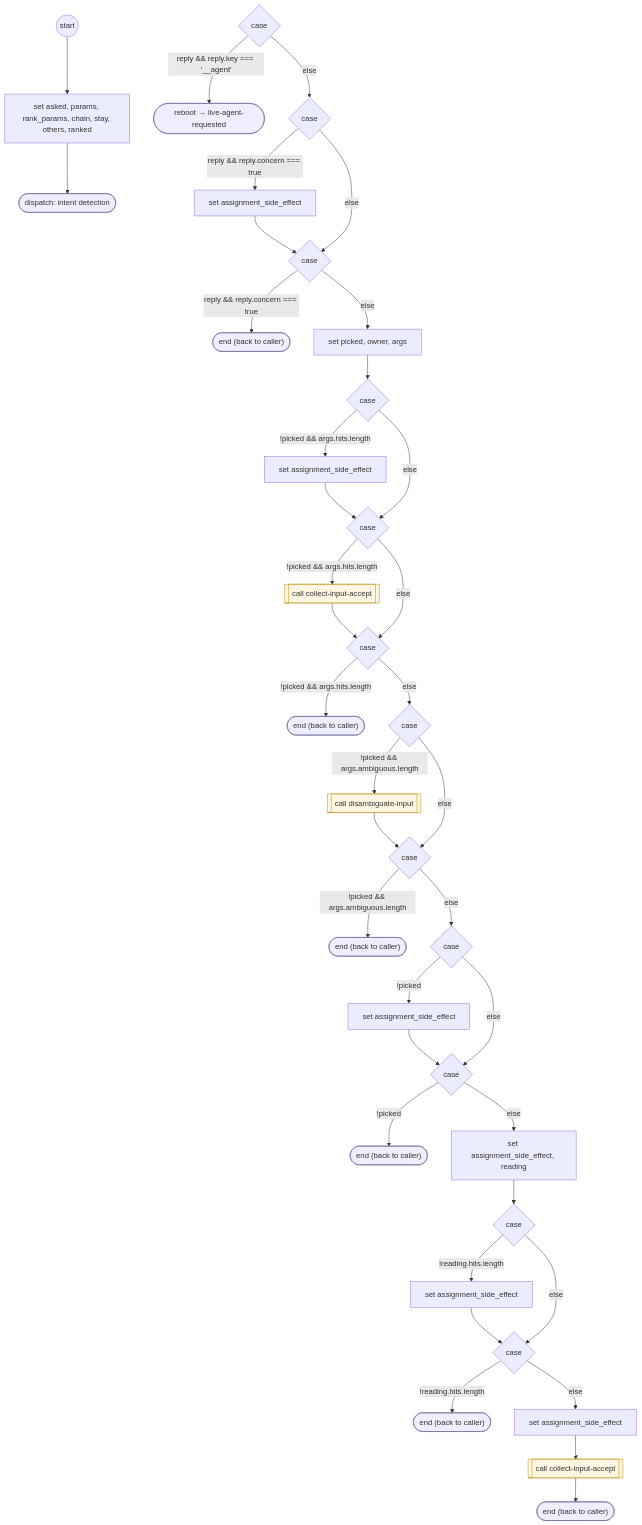
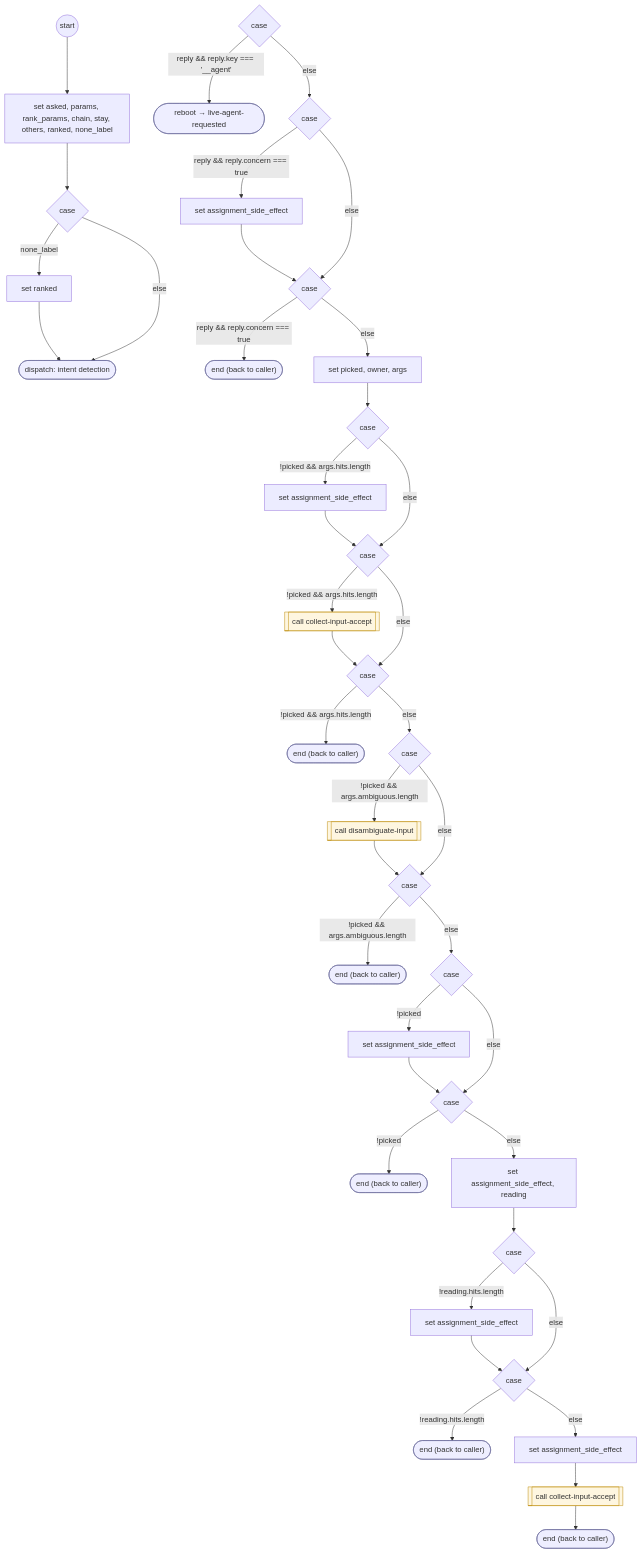
One commit to ronpinkas/jsfe changed the diagram in docs/flows/system/read-form-choice.md. Above: the diagram before and after it, drawn with Mermaid. The commit also changed 26 other files, not shown here.

First line of the commit message:
jsfe flows: reference copy of the prod shared sets from AIDevelopment 659ad72 (global-exit 1.1.0, contact-support 1.4.0, the declinable apartment); the retired flows' pages removed (ask-address, cancel-process, card-entry, read-form-reply and the nine single-field collectors).

````diff
--- a/docs/flows/system/read-form-choice.md
+++ b/docs/flows/system/read-form-choice.md
@@ -21,84 +21,89 @@
 ```mermaid
 flowchart TD
    START(("start"))
-   n0["set asked, params, rank_params, chain, stay, others, ranked"]
+   n0["set asked, params, rank_params, chain, stay, others, ranked, none_label"]
    START --> n0
-   n1(["dispatch: intent detection"])
-   class n1 endstep
-   n0 --> n1
-   c2{"case"}
-   b3(["reboot → live-agent-requested"])
-   class b3 endstep
-   c2 -- "reply && reply.key === '__agent'" --> b3
+   c1{"case"}
+   n0 --> c1
+   b2["set ranked"]
+   c1 -- "none_label" --> b2
+   n3(["dispatch: intent detection"])
+   class n3 endstep
+   b2 --> n3
+   c1 -- "else" --> n3
    c4{"case"}
-   c2 -- "else" --> c4
-   b5["set assignment_side_effect"]
-   c4 -- "reply && reply.concern === true" --> b5
+   b5(["reboot → live-agent-requested"])
+   class b5 endstep
+   c4 -- "reply && reply.key === '__agent'" --> b5
    c6{"case"}
-   b5 --> c6
    c4 -- "else" --> c6
-   b7(["end (back to caller)"])
-   class b7 endstep
+   b7["set assignment_side_effect"]
    c6 -- "reply && reply.concern === true" --> b7
-   n8["set picked, owner, args"]
-   c6 -- "else" --> n8
-   c9{"case"}
-   n8 --> c9
-   b10["set assignment_side_effect"]
-   c9 -- "!picked && args.hits.length" --> b10
+   c8{"case"}
+   b7 --> c8
+   c6 -- "else" --> c8
+   b9(["end (back to caller)"])
+   class b9 endstep
+   c8 -- "reply && reply.concern === true" --> b9
+   n10["set picked, owner, args"]
+   c8 -- "else" --> n10
    c11{"case"}
-   b10 --> c11
-   c9 -- "else" --> c11
-   b12[["call collect-input-accept"]]
-   class b12 flowstep
+   n10 --> c11
+   b12["set assignment_side_effect"]
    c11 -- "!picked && args.hits.length" --> b12
    c13{"case"}
    b12 --> c13
    c11 -- "else" --> c13
-   b14(["end (back to caller)"])
-   class b14 endstep
+   b14[["call collect-input-accept"]]
+   class b14 flowstep
    c13 -- "!picked && args.hits.length" --> b14
    c15{"case"}
+   b14 --> c15
    c13 -- "else" --> c15
-   b16[["call disambiguate-input"]]
-   class b16 flowstep
-   c15 -- "!picked && args.ambiguous.length" --> b16
+   b16(["end (back to caller)"])
+   class b16 endstep
+   c15 -- "!picked && args.hits.length" --> b16
    c17{"case"}
-   b16 --> c17
    c15 -- "else" --> c17
-   b18(["end (back to caller)"])
-   class b18 endstep
+   b18[["call disambiguate-input"]]
+   class b18 flowstep
    c17 -- "!picked && args.ambiguous.length" --> b18
    c19{"case"}
+   b18 --> c19
    c17 -- "else" --> c19
-   b20["set assignment_side_effect"]
-   c19 -- "!picked" --> b20
+   b20(["end (back to caller)"])
+   class b20 endstep
+   c19 -- "!picked && args.ambiguous.length" --> b20
    c21{"case"}
-   b20 --> c21
    c19 -- "else" --> c21
-   b22(["end (back to caller)"])
-   class b22 endstep
+   b22["set assignment_side_effect"]
    c21 -- "!picked" --> b22
-   n23["set assignment_side_effect, reading"]
-   c21 -- "else" --> n23
-   c24{"case"}
-   n23 --> c24
-   b25["set assignment_side_effect"]
-   c24 -- "!reading.hits.length" --> b25
+   c23{"case"}
+   b22 --> c23
+   c21 -- "else" --> c23
+   b24(["end (back to caller)"])
+   class b24 endstep
+   c23 -- "!picked" --> b24
+   n25["set assignment_side_effect, reading"]
+   c23 -- "else" --> n25
    c26{"case"}
-   b25 --> c26
-   c24 -- "else" --> c26
-   b27(["end (back to caller)"])
-   class b27 endstep
+   n25 --> c26
+   b27["set assignment_side_effect"]
    c26 -- "!reading.hits.length" --> b27
-   n28["set assignment_side_effect"]
-   c26 -- "else" --> n28
-   n29[["call collect-input-accept"]]
-   class n29 flowstep
-   n28 --> n29
+   c28{"case"}
+   b27 --> c28
+   c26 -- "else" --> c28
+   b29(["end (back to caller)"])
+   class b29 endstep
+   c28 -- "!reading.hits.length" --> b29
+   n30["set assignment_side_effect"]
+   c28 -- "else" --> n30
+   n31[["call collect-input-accept"]]
+   class n31 flowstep
+   n30 --> n31
    DONE(["end (back to caller)"])
    class DONE endstep
-   n29 --> DONE
+   n31 --> DONE
    classDef endstep fill:#eef,stroke:#669
    classDef toolstep fill:#efe,stroke:#696
    classDef flowstep fill:#fef6e0,stroke:#b80
````
